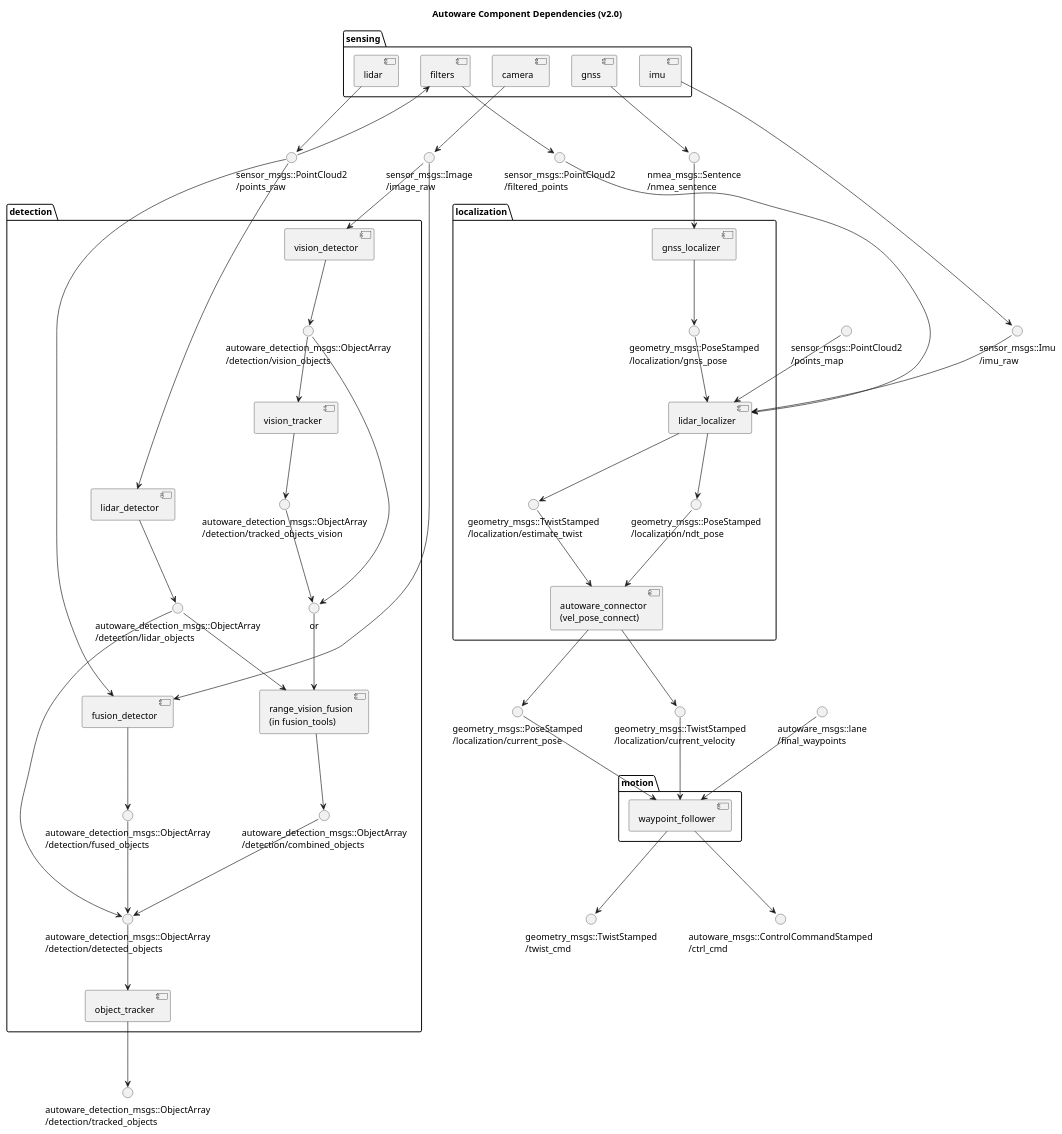
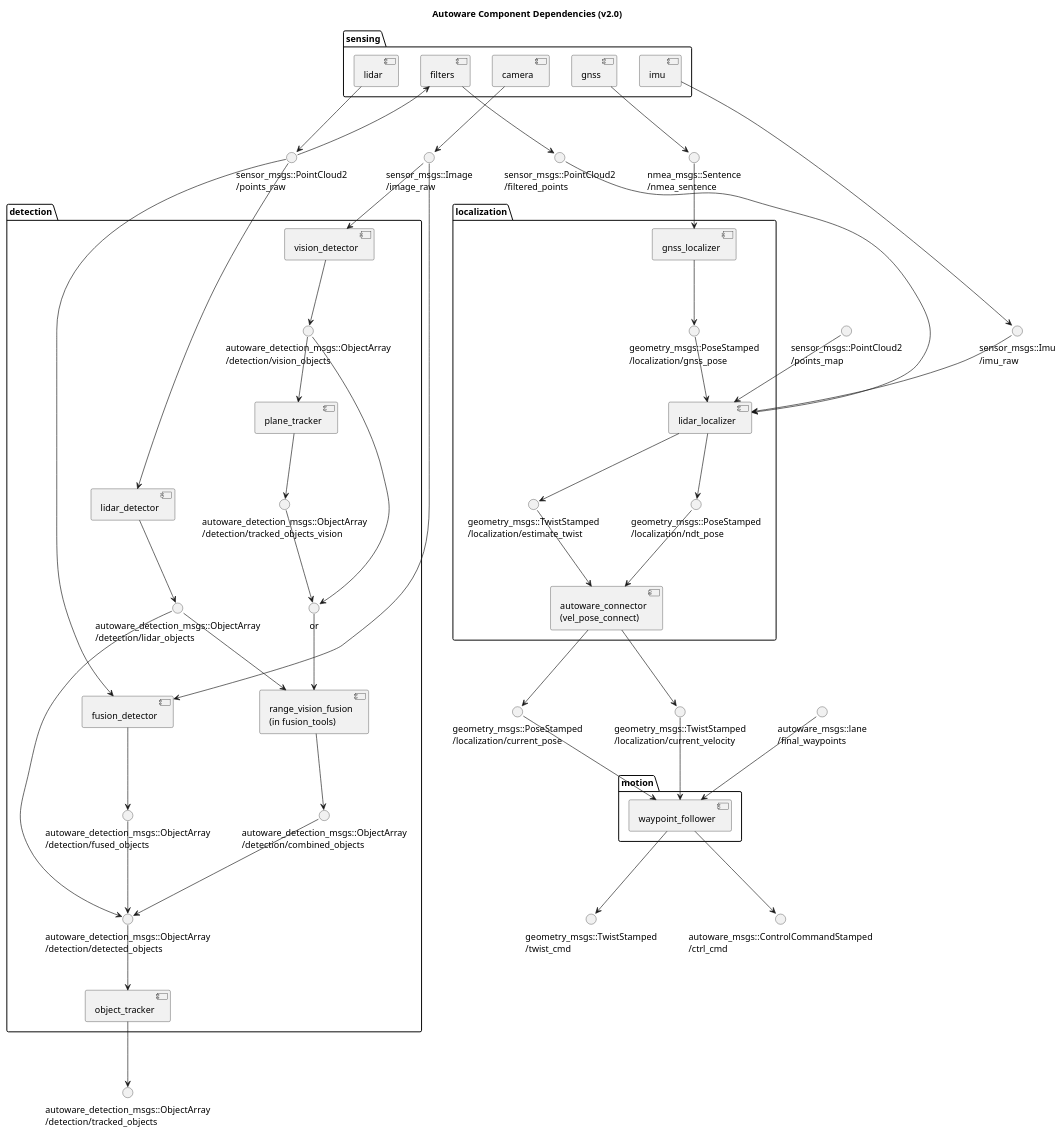
The diagram in docs/architecture/ComponentDiagram.pu (heyuliang/Autoware), drawn with PlantUML before and after one commit.

Commit message:
Rename vision_tracker to plane_tracker

```diff
--- a/docs/architecture/ComponentDiagram.pu
+++ b/docs/architecture/ComponentDiagram.pu
@@ -1,154 +1,154 @@
 @startuml
 
 title Autoware Component Dependencies (v2.0)
 
 () "sensor_msgs::Image\n/image_raw" as image_raw
 () "sensor_msgs::PointCloud2\n/points_raw" as points_raw
 () "sensor_msgs::PointCloud2\n/filtered_points" as filtered_points
 () "sensor_msgs::Imu\n/imu_raw" as imu_raw 
 () "nmea_msgs::Sentence\n/nmea_sentence" as nmea_sentence
 
 folder sensing {
     [camera]
     'outputs
     camera --> image_raw
 
     [lidar]
     'outputs
     lidar --> points_raw
 
     [filters]
     'inputs
     points_raw --> filters
     'outputs
     filters --> filtered_points
 
     [imu]
     'outputs
     imu --> imu_raw
 
     [gnss]
     'outputs
     gnss --> nmea_sentence
 }
 
 () "autoware_detection_msgs::ObjectArray\n/detection/tracked_objects" as tracked_objects
 '() "autoware_detection_msgs::TrafficLight\n/detection/traffic_light_color" as traffic_light_color
 
 folder detection {
     () "autoware_detection_msgs::ObjectArray\n/detection/vision_objects" as detected_objects_vision
     () "autoware_detection_msgs::ObjectArray\n/detection/tracked_objects_vision" as tracked_objects_vision
     () "or" as vision_objects
     () "autoware_detection_msgs::ObjectArray\n/detection/lidar_objects" as detected_objects_lidar
     () "autoware_detection_msgs::ObjectArray\n/detection/combined_objects" as detected_objects_combined
     () "autoware_detection_msgs::ObjectArray\n/detection/fused_objects" as detected_objects_fused
     () "autoware_detection_msgs::ObjectArray\n/detection/detected_objects" as detected_objects
 
     [vision_detector]
     'inputs
     image_raw --> vision_detector
     'outputs
     vision_detector --> detected_objects_vision
 
-    [vision_tracker]
+    [plane_tracker]
     'inputs
-    detected_objects_vision --> vision_tracker
+    detected_objects_vision --> plane_tracker
     'outputs
-    vision_tracker --> tracked_objects_vision
+    plane_tracker --> tracked_objects_vision
 
     [lidar_detector]
     'inputs
     points_raw --> lidar_detector
     'outputs
     lidar_detector --> detected_objects_lidar
 
     [fusion_detector]
     'inputs
     image_raw --> fusion_detector
     points_raw --> fusion_detector
     'outputs
     fusion_detector --> detected_objects_fused
 
     [range_vision_fusion\n(in fusion_tools)] as fusion_tools
     'inputs
     vision_objects --> fusion_tools
     detected_objects_lidar --> fusion_tools
     'outputs
     fusion_tools --> detected_objects_combined
 
     'connection
     detected_objects_vision --> vision_objects
     tracked_objects_vision --> vision_objects
 
     detected_objects_lidar --> detected_objects
     detected_objects_combined --> detected_objects
     detected_objects_fused --> detected_objects
 
     [object_tracker]
     'inputs
     detected_objects --> object_tracker
     'outputs
     object_tracker --> tracked_objects
 
     '[trafficlight_recognizer]
     'inputs
     'image_raw --> trafficlight_recognizer
     'outputs
     'trafficlight_recognizer --> traffic_light_color
 }
 
 'lidar_localizer
 () "sensor_msgs::PointCloud2\n/points_map" as points_map
 
 'vel_pose_connect
 () "geometry_msgs::PoseStamped\n/localization/current_pose" as current_pose
 () "geometry_msgs::TwistStamped\n/localization/current_velocity" as current_velocity
 
 folder localization {
     () "geometry_msgs::PoseStamped\n/localization/gnss_pose" as gnss_pose
     () "geometry_msgs::TwistStamped\n/localization/estimate_twist" as estimate_twist
     () "geometry_msgs::PoseStamped\n/localization/ndt_pose" as ndt_pose
 
     [gnss_localizer]
     'inputs
     nmea_sentence --> gnss_localizer
     'outputs
     gnss_localizer --> gnss_pose
 
     [lidar_localizer]
     'inputs
     gnss_pose --> lidar_localizer
     filtered_points --> lidar_localizer
     points_map --> lidar_localizer
     imu_raw --> lidar_localizer
     'outputs
     lidar_localizer --> estimate_twist
     lidar_localizer --> ndt_pose
 
     [autoware_connector\n(vel_pose_connect)] as vel_pose_connect
     'inputs
     estimate_twist --> vel_pose_connect
     ndt_pose --> vel_pose_connect
     'outputs
     vel_pose_connect --> current_pose
     vel_pose_connect --> current_velocity
 
     '[dead_reckoner] @ Autoware v2.0
 }
 
 () "autoware_msgs::lane\n/final_waypoints" as final_waypoints
 () "geometry_msgs::TwistStamped\n/twist_cmd" as twist_cmd
 () "autoware_msgs::ControlCommandStamped\n/ctrl_cmd" as ctrl_cmd
 
 folder motion {
     [waypoint_follower]
     'inputs
     current_pose --> waypoint_follower
     current_velocity --> waypoint_follower
     final_waypoints --> waypoint_follower
     'outputs
     waypoint_follower --> twist_cmd
     waypoint_follower --> ctrl_cmd
 }
 
 @enduml
```
